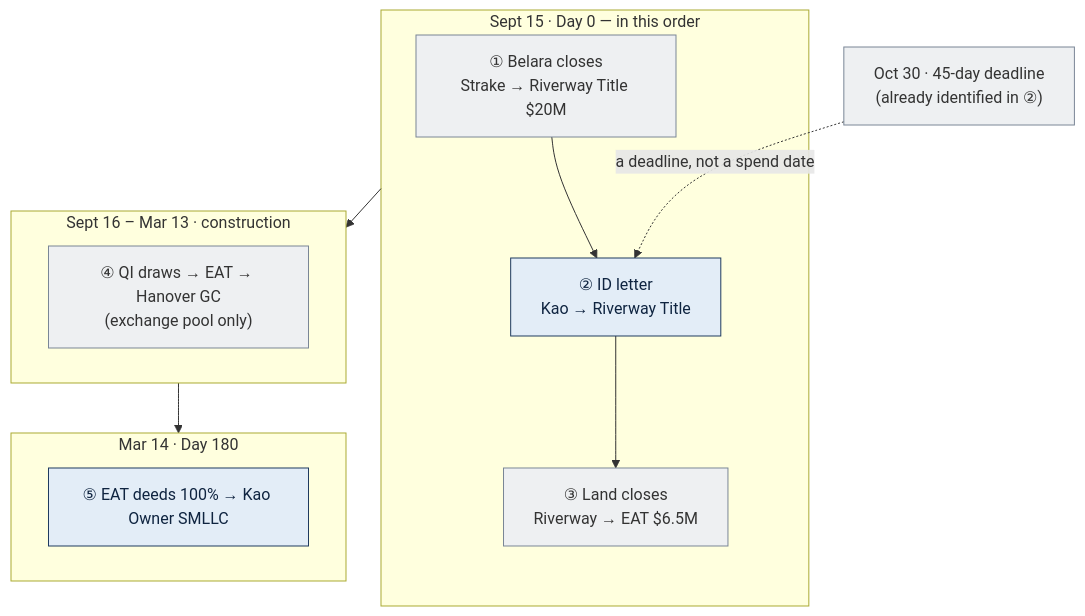
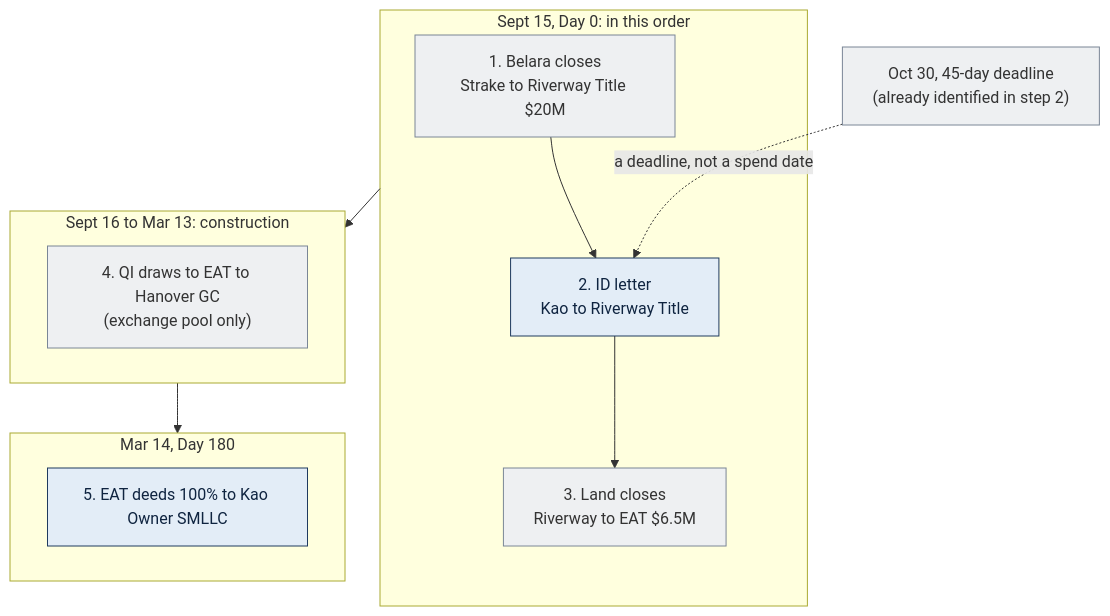
Before and after one commit to EthanCow/North-Forsyth-1031-Diagrams: the second of 10 diagrams in North_Forsyth_1031_Diagrams.md, drawn with Mermaid. The commit also changed other lines of this file and 1 other file, not shown here.

````diff
--- a/North_Forsyth_1031_Diagrams.md
+++ b/North_Forsyth_1031_Diagrams.md
@@ -185,20 +184,20 @@
 ```mermaid
 flowchart TB
-  subgraph D0["Sept 15 · Day 0 — in this order"]
-    A["① Belara closes\nStrake → Riverway Title $20M"]:::neutral
-    B["② ID letter\nKao → Riverway Title"]:::kao
-    C["③ Land closes\nRiverway → EAT $6.5M"]:::neutral
+  subgraph D0["Sept 15, Day 0: in this order"]
+    A["1. Belara closes\nStrake to Riverway Title $20M"]:::neutral
+    B["2. ID letter\nKao to Riverway Title"]:::kao
+    C["3. Land closes\nRiverway to EAT $6.5M"]:::neutral
     A --> B --> C
   end
-  subgraph BUILD["Sept 16 – Mar 13 · construction"]
-    D["④ QI draws → EAT → Hanover GC\n(exchange pool only)"]:::neutral
+  subgraph BUILD["Sept 16 to Mar 13: construction"]
+    D["4. QI draws to EAT to Hanover GC\n(exchange pool only)"]:::neutral
   end
-  subgraph D180["Mar 14 · Day 180"]
-    E["⑤ EAT deeds 100% → Kao Owner SMLLC"]:::kao
+  subgraph D180["Mar 14, Day 180"]
+    E["5. EAT deeds 100% to Kao Owner SMLLC"]:::kao
   end
   D0 --> BUILD --> D180
-  DL["Oct 30 · 45-day deadline\n(already identified in ②)"]:::neutral
+  DL["Oct 30, 45-day deadline\n(already identified in step 2)"]:::neutral
   DL -.->|"a deadline, not a spend date"| B
   classDef kao fill:#e3edf7,stroke:#1f3a5f,color:#0f2440;
   classDef neutral fill:#eef0f2,stroke:#7a8696,color:#333;
 ```
````
